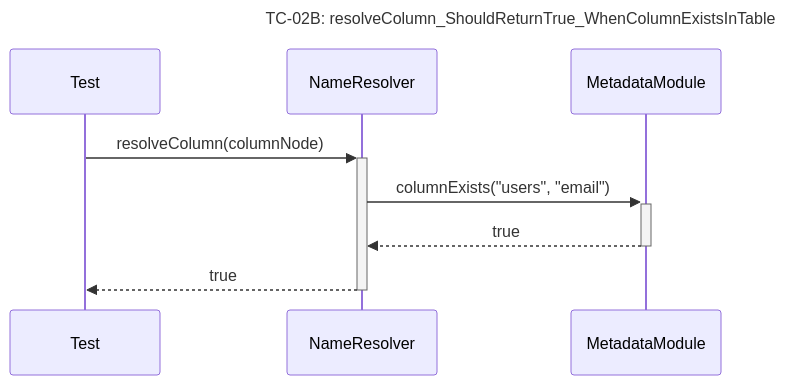
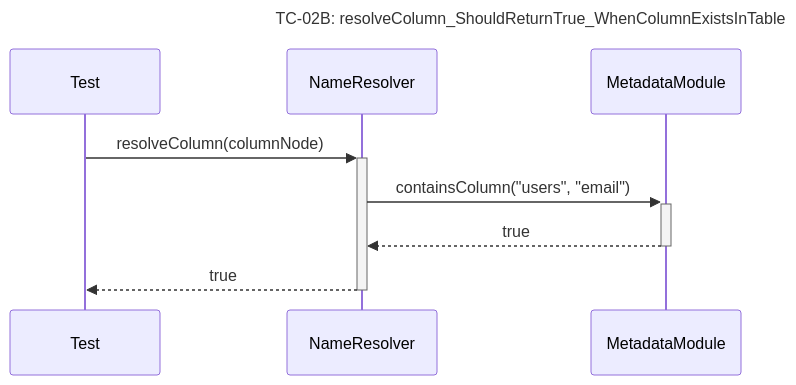
One commit to Dikhang1112/Database_Management_BBV changed the eighth of 24 diagrams in docs/unit_test/query_prossor/SequeceTestCase.md. Above: the diagram before and after it, drawn with Mermaid. The commit also changed other lines of this file and 16 other files, not shown here.

````diff
--- a/docs/unit_test/query_prossor/SequeceTestCase.md
+++ b/docs/unit_test/query_prossor/SequeceTestCase.md
@@ -124,12 +121,12 @@
 ```mermaid
 sequenceDiagram
     title TC-02B: resolveColumn_ShouldReturnTrue_WhenColumnExistsInTable
     participant Test
     participant NameResolver
     participant MetadataModule
 
     Test->>+NameResolver: resolveColumn(columnNode)
-    NameResolver->>+MetadataModule: columnExists("users", "email")
+    NameResolver->>+MetadataModule: containsColumn("users", "email")
     MetadataModule-->>-NameResolver: true
     NameResolver-->>-Test: true
 ```
````
